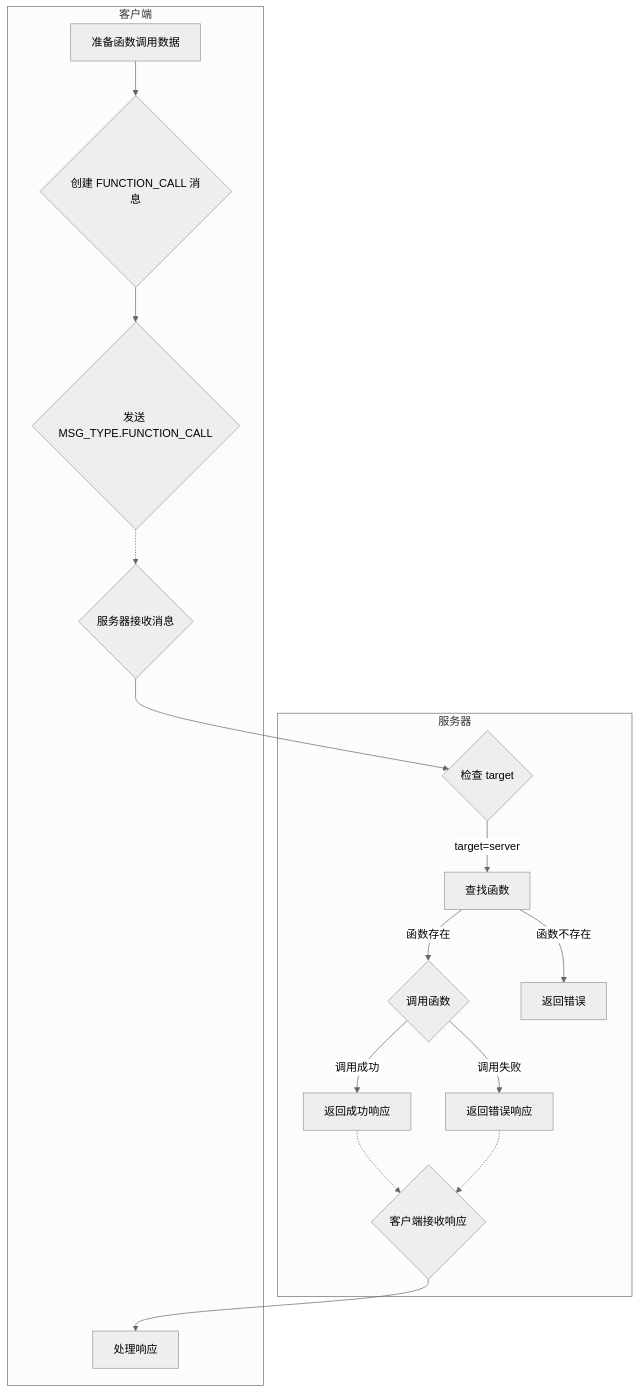
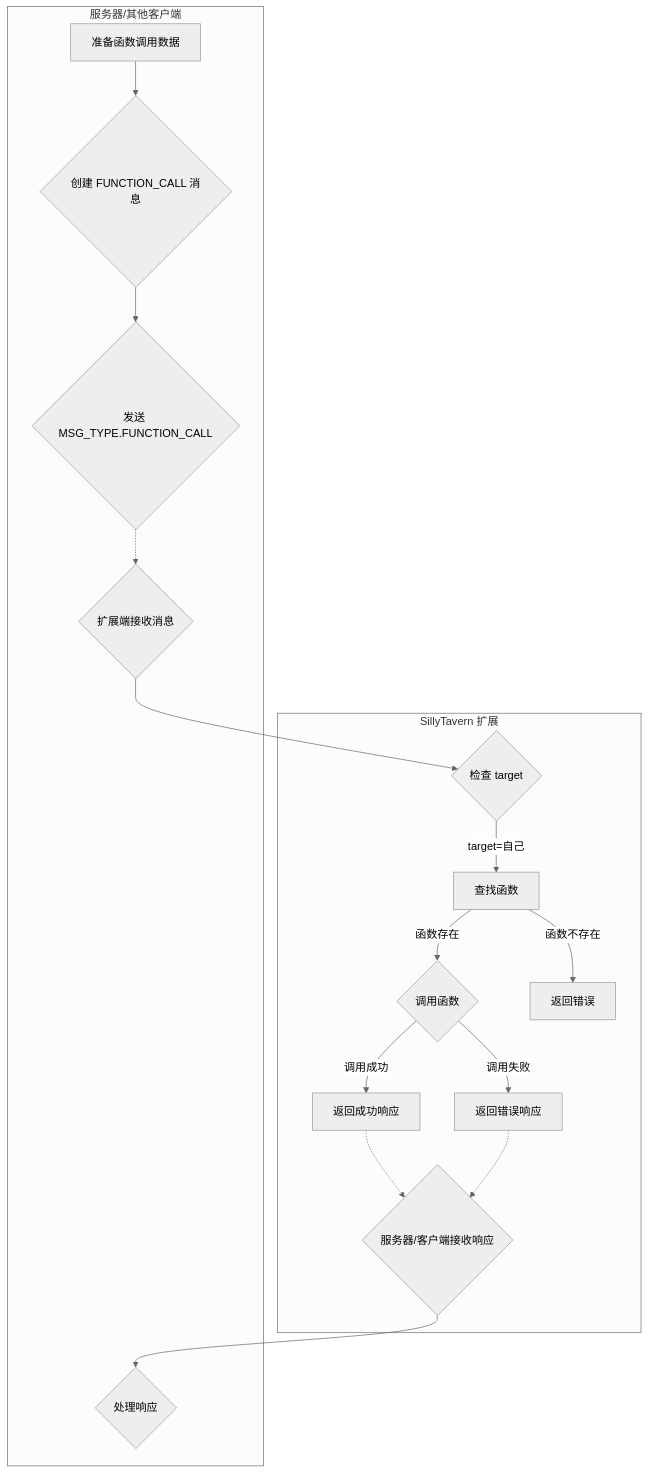
One commit to chen1tian/SillyTavern-NewAge changed the third of 3 diagrams in developer_readme_extension.md. Above: the diagram before and after it, drawn with Mermaid (neutral theme). The commit also changed other lines of this file and 15 other files, not shown here.

````diff
--- a/developer_readme_extension.md
+++ b/developer_readme_extension.md
@@ -326,23 +352,24 @@
 ```mermaid
 graph TD
-    subgraph 客户端
+    subgraph 服务器/其他客户端
         A[准备函数调用数据] --> B{创建 FUNCTION_CALL 消息}
         B --> C{发送 MSG_TYPE.FUNCTION_CALL}
-        C -.-> D{服务器接收消息}
+        C -.-> D{扩展端接收消息}
     end
 
-    subgraph 服务器
+    subgraph SillyTavern 扩展
         D --> E{检查 target}
-        E -- target=server --> F[查找函数]
+        E -- target=自己 --> F[查找函数]
         F -- 函数存在 --> G{调用函数}
         F -- 函数不存在 --> H[返回错误]
         G -- 调用成功 --> I[返回成功响应]
         G -- 调用失败 --> J[返回错误响应]
-        I -.-> K{客户端接收响应}
+         I -.-> K{服务器/客户端接收响应}
         J -.-> K
     end
 
-    subgraph 客户端
-        K --> L[处理响应]
+    subgraph 服务器/其他客户端
+       K --> L{处理响应}
     end
+
 ```
````
